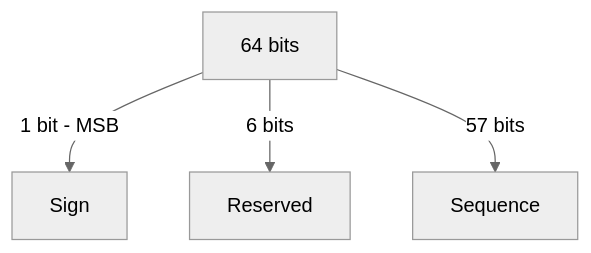
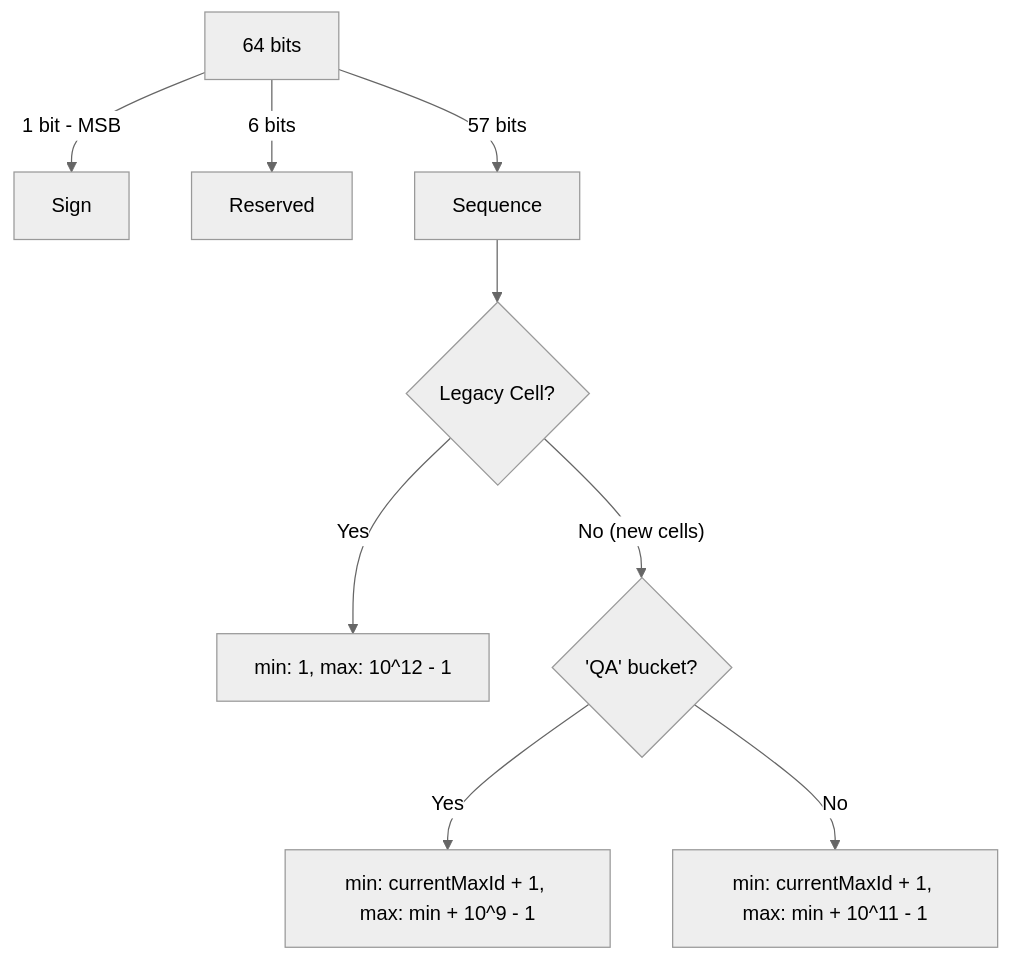
One commit to zalyoung/gitlab-handbook changed the second of 9 diagrams in content/handbook/engineering/architecture/design-documents/cells/topology_service.md. Above: the diagram before and after it, drawn with Mermaid (neutral theme). The commit also changed other lines of this file, not shown here.

Commit message:
Updates with new limits based on the cell type

````diff
--- a/content/handbook/engineering/architecture/design-documents/cells/topology_service.md
+++ b/content/handbook/engineering/architecture/design-documents/cells/topology_service.md
@@ -136,6 +136,11 @@
 ```mermaid
-graph TD
+flowchart TD
   A[64 bits] --> |1 bit - MSB| B[Sign]
   A -->|6 bits| C[Reserved]
   A -->|57 bits| D[Sequence]
+  D --> E{Legacy Cell?}
+  E --> |Yes|F[min: 1, max: 10^12 - 1]
+  E --> |"No (new cells)"| G{'QA' bucket?}
+  G --> |Yes| H[min: currentMaxId + 1, max: min + 10^9 - 1]
+  G --> |No| I[min: currentMaxId + 1, max: min + 10^11 - 1]
 ```
````
